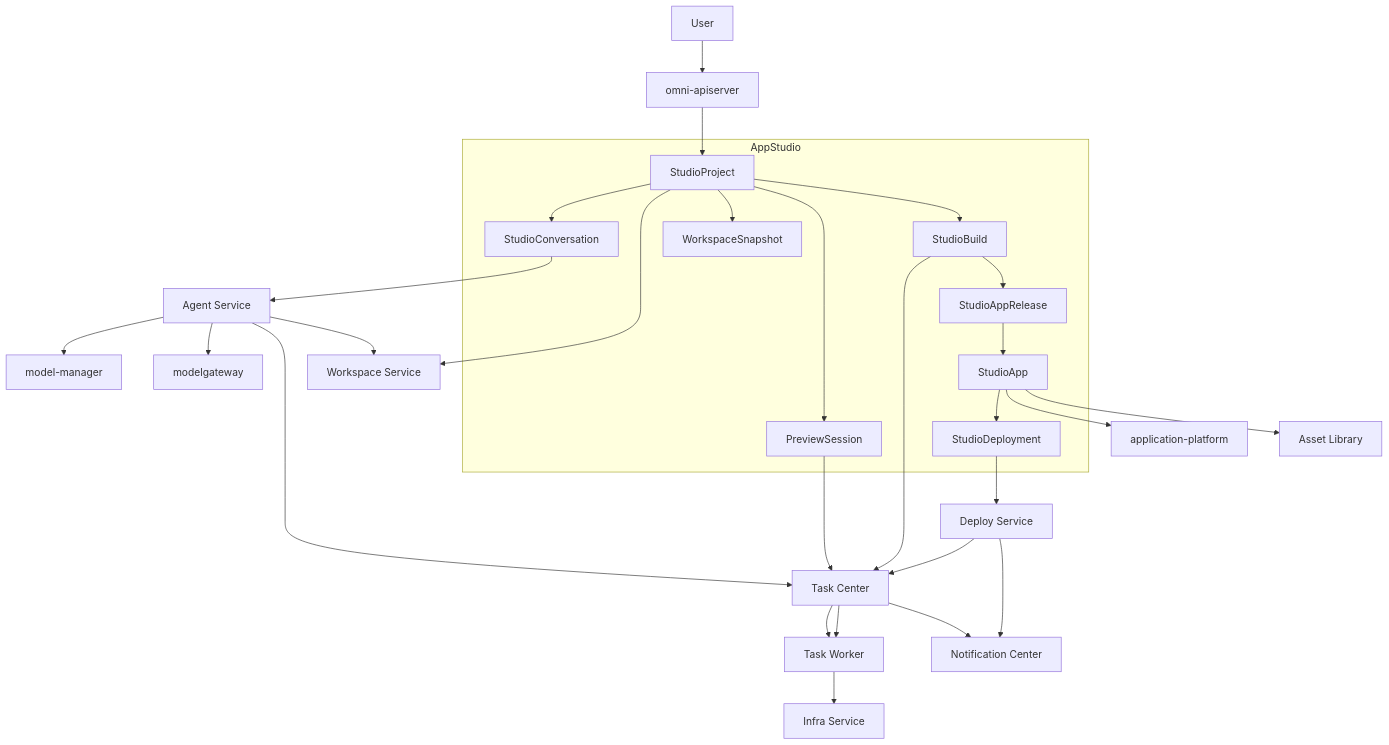
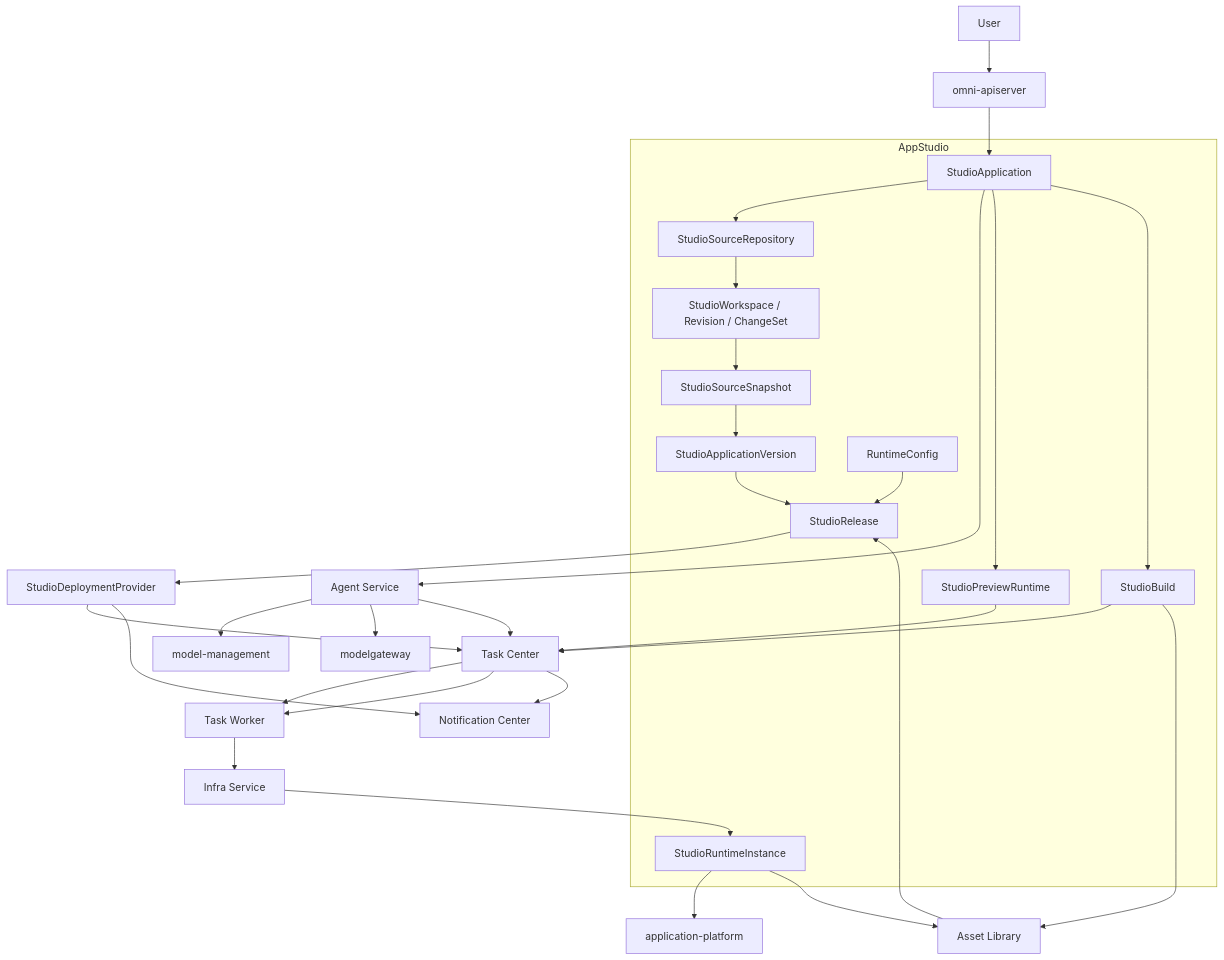
One commit to wangweihong/omnimam-spec changed the first of 11 diagrams in 00_product/domains/appstudio/product-spec.md. Above: the diagram before and after it, drawn with Mermaid. The commit also changed other lines of this file and 38 other files, not shown here.

Commit message:
spec: release agent appstudio infrastructure task registry

````diff
--- a/00_product/domains/appstudio/product-spec.md
+++ b/00_product/domains/appstudio/product-spec.md
@@ -295,63 +293,65 @@
 ```mermaid
 flowchart TB
     USER[User]
     API[omni-apiserver]
 
     subgraph STUDIO["AppStudio"]
-        PROJECT[StudioProject]
-        CONVERSATION[StudioConversation]
-        SNAPSHOT[WorkspaceSnapshot]
-        PREVIEW[PreviewSession]
+        APPLICATION[StudioApplication]
+        REPOSITORY[StudioSourceRepository]
+        WORKSPACE[StudioWorkspace / Revision / ChangeSet]
+        SNAPSHOT[StudioSourceSnapshot]
+        VERSION[StudioApplicationVersion]
+        PREVIEW[StudioPreviewRuntime]
         BUILD[StudioBuild]
-        RELEASE[StudioAppRelease]
-        APP[StudioApp]
-        DEPLOYMENT[StudioDeployment]
+        CONFIG[RuntimeConfig]
+        RELEASE[StudioRelease]
+        RUNTIME[StudioRuntimeInstance]
     end
 
     AGENT[Agent Service]
-    WORKSPACE[Workspace Service]
-    MM[model-manager]
+    MM[model-management]
     MG[modelgateway]
     TASK[Task Center]
     WORKER[Task Worker]
     INFRA[Infra Service]
-    DEPLOY[Deploy Service]
+    DEPLOY[StudioDeploymentProvider]
     ASSET[Asset Library]
     APP_PLATFORM[application-platform]
     NOTICE[Notification Center]
 
     USER --> API
-    API --> PROJECT
+    API --> APPLICATION
 
-    PROJECT --> CONVERSATION
-    PROJECT --> WORKSPACE
-    PROJECT --> SNAPSHOT
+    APPLICATION --> REPOSITORY
+    REPOSITORY --> WORKSPACE
+    WORKSPACE --> SNAPSHOT
+    SNAPSHOT --> VERSION
 
-    CONVERSATION --> AGENT
+    APPLICATION --> AGENT
     AGENT --> MM
     AGENT --> MG
     AGENT --> TASK
-    AGENT --> WORKSPACE
 
-    PROJECT --> PREVIEW
+    APPLICATION --> PREVIEW
     PREVIEW --> TASK
     TASK --> WORKER
 
-    PROJECT --> BUILD
+    APPLICATION --> BUILD
     BUILD --> TASK
     TASK --> WORKER
 
-    BUILD --> RELEASE
-    RELEASE --> APP
-
-    APP --> DEPLOYMENT
-    DEPLOYMENT --> DEPLOY
+    BUILD --> ASSET
+    ASSET --> RELEASE
+    VERSION --> RELEASE
+    CONFIG --> RELEASE
+    RELEASE --> DEPLOY
     DEPLOY --> TASK
     WORKER --> INFRA
+    INFRA --> RUNTIME
 
-    APP --> APP_PLATFORM
-    APP --> ASSET
+    RUNTIME --> APP_PLATFORM
+    RUNTIME --> ASSET
 
     TASK --> NOTICE
     DEPLOY --> NOTICE
 ```
````
